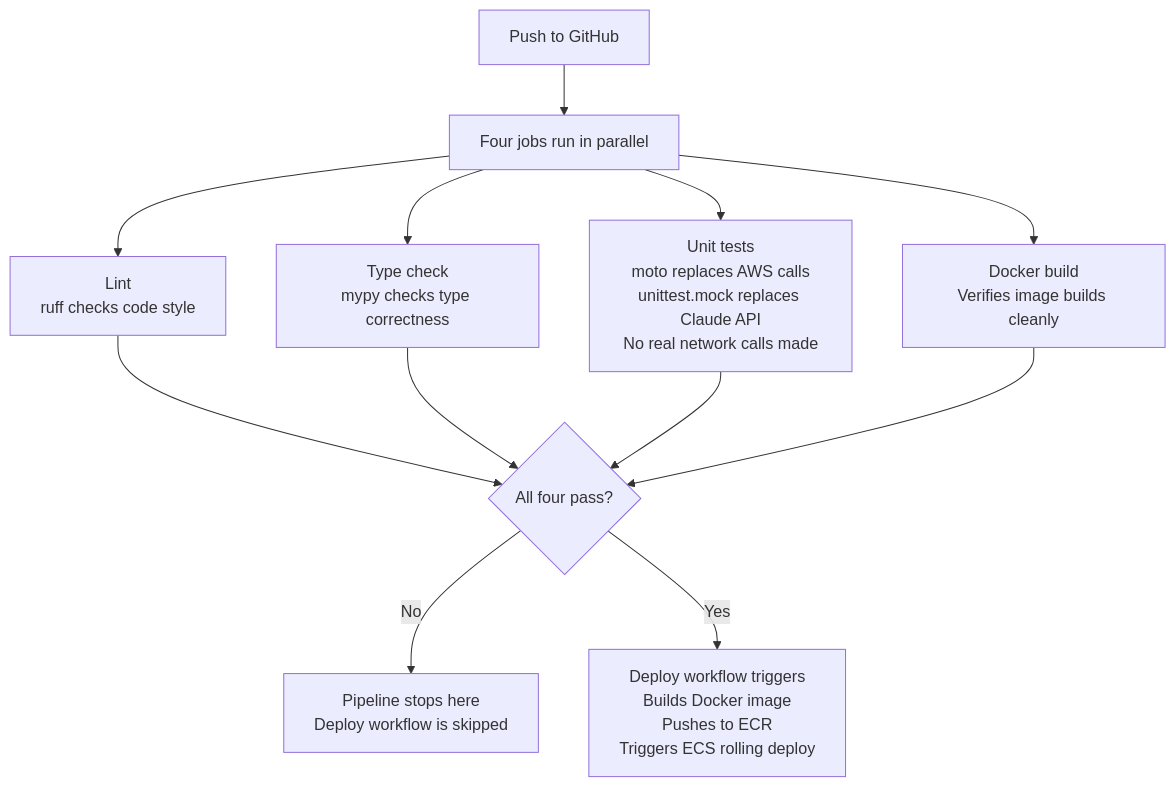
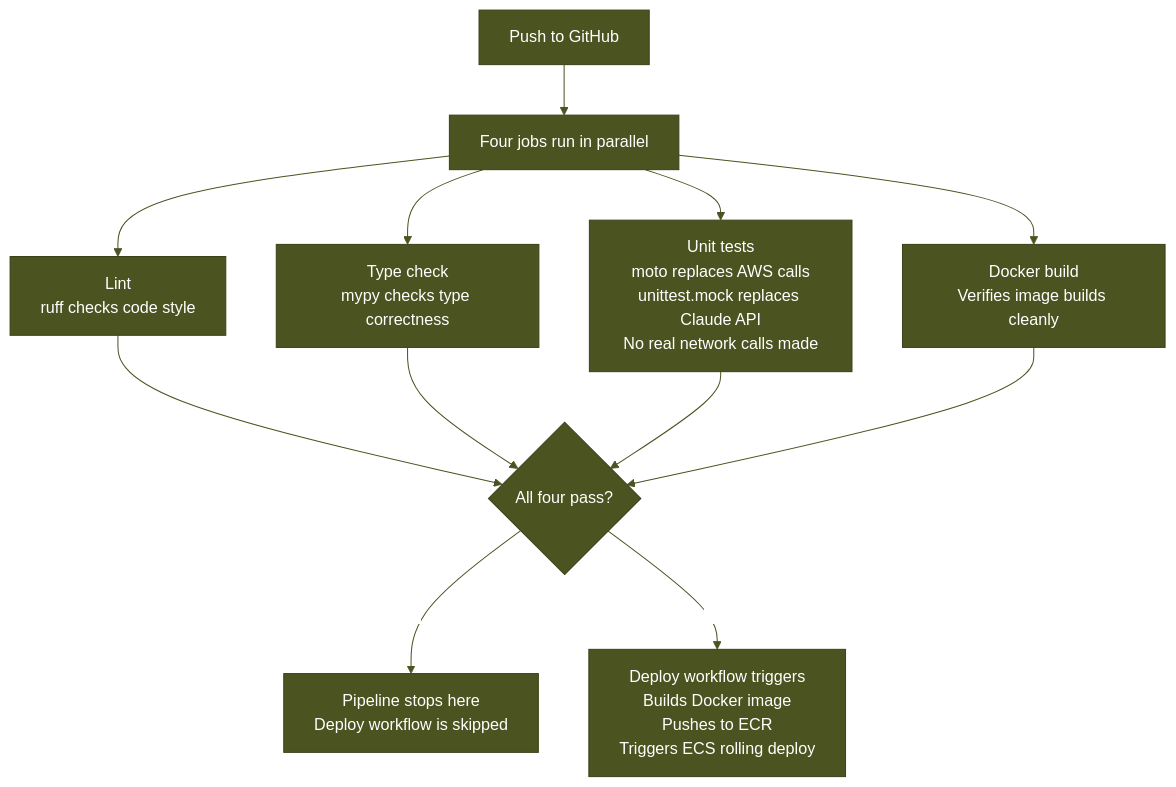
One commit to enterprise-data-platform-emeka/platform-analytics-agent changed the third of 3 diagrams in README.md. Above: the diagram before and after it, drawn with Mermaid. The commit also changed other lines of this file, not shown here.

Commit message:
Docs: restore original Mermaid diagrams, add only brand color init block

````diff
--- a/README.md
+++ b/README.md
@@ -1271,14 +1272,15 @@
 ```mermaid
+%%{init: {'theme': 'base', 'themeVariables': {'primaryColor': '#4B5320', 'primaryTextColor': '#ffffff', 'primaryBorderColor': '#3a4118', 'lineColor': '#4B5320', 'signalColor': '#4B5320', 'actorLineColor': '#4B5320', 'secondaryColor': '#F0F7FF', 'tertiaryColor': '#F0F7FF', 'background': '#ffffff', 'clusterBkg': '#F0F7FF', 'edgeLabelBackground': '#ffffff'}}}%%
 flowchart TD
     A[Push to GitHub] --> B[Four jobs run in parallel]
     B --> C[Lint\nruff checks code style]
     B --> D[Type check\nmypy checks type correctness]
     B --> E[Unit tests\nmoto replaces AWS calls\nunittest.mock replaces Claude API\nNo real network calls made]
     B --> F[Docker build\nVerifies image builds cleanly]
     C --> G{All four pass?}
     D --> G
     E --> G
     F --> G
     G -->|No| H[Pipeline stops here\nDeploy workflow is skipped]
     G -->|Yes| I[Deploy workflow triggers\nBuilds Docker image\nPushes to ECR\nTriggers ECS rolling deploy]
 ```
````
